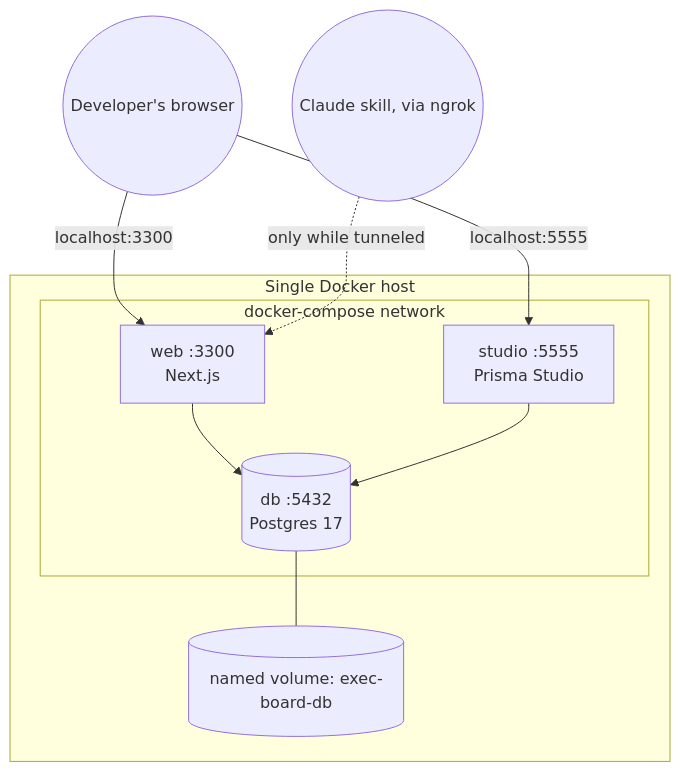
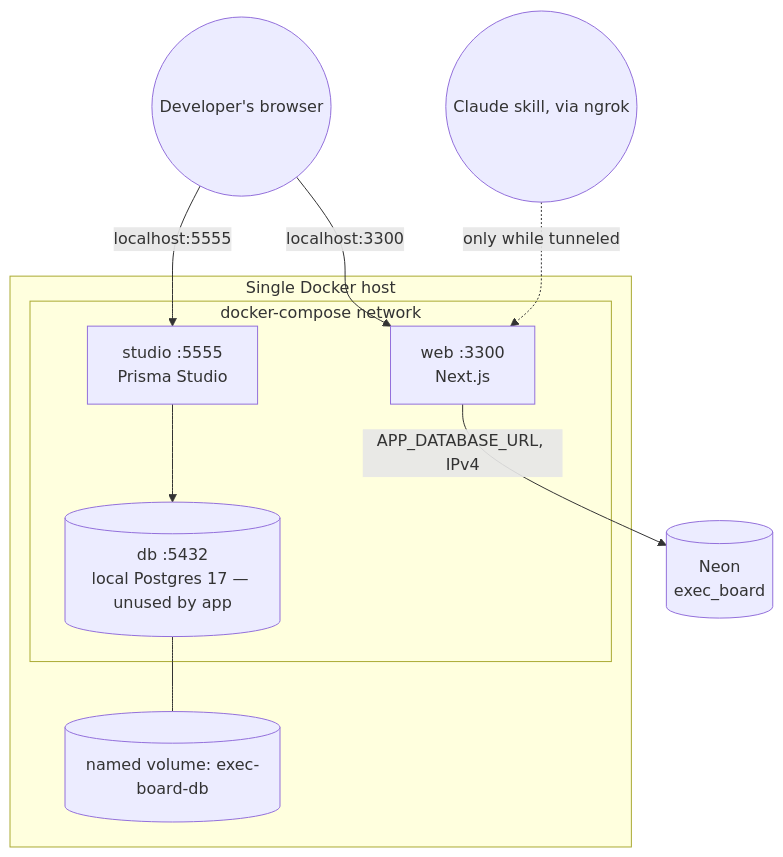
The eighth of 8 diagrams in architecture.md (JaxzTan/todo_list), drawn with Mermaid before and after one commit. The commit also changed other lines of this file and 27 other files, not shown here.

````diff
--- a/architecture.md
+++ b/architecture.md
@@ -636,17 +637,18 @@
 ```mermaid
 graph TB
     subgraph host[Single Docker host]
         subgraph net[docker-compose network]
             web[web :3300<br/>Next.js]
             studio[studio :5555<br/>Prisma Studio]
-            db[(db :5432<br/>Postgres 17)]
+            db[(db :5432<br/>local Postgres 17 — unused by app)]
         end
         vol[(named volume: exec-board-db)]
     end
+    neon[(Neon<br/>exec_board)]
     dev((Developer's browser)) -->|localhost:3300| web
     dev -->|localhost:5555| studio
     skill((Claude skill, via ngrok)) -.->|only while tunneled| web
-    web --> db
+    web -->|APP_DATABASE_URL, IPv4| neon
     studio --> db
     db --- vol
 ```
````
